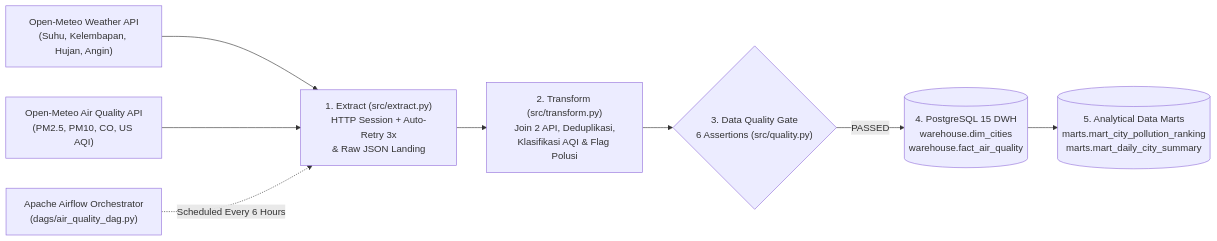
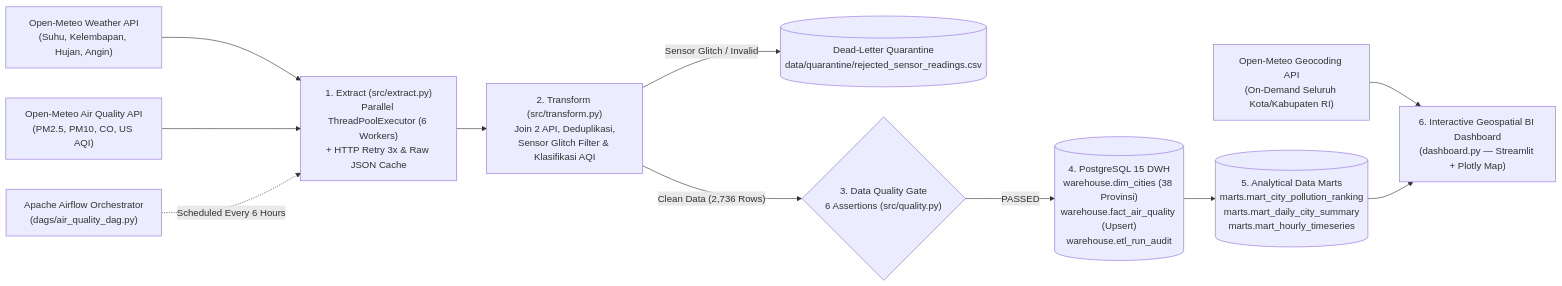
One commit to tanjung0115/indo-air-quality-pipeline changed the diagram in README.md. Above: the diagram before and after it, drawn with Mermaid. The commit also changed other lines of this file and 17 other files, not shown here.

Commit message:
feat: upgrade pipeline to all 38 Indonesian provinces with interactive geospatial dashboard, incremental upsert, and quarantine audit

````diff
--- a/README.md
+++ b/README.md
@@ -10,10 +10,13 @@
 ```mermaid
 flowchart LR
-    API1["Open-Meteo Weather API\n(Suhu, Kelembapan, Hujan, Angin)"] --> EX["1. Extract (src/extract.py)\nHTTP Session + Auto-Retry 3x\n& Raw JSON Landing"]
+    API1["Open-Meteo Weather API\n(Suhu, Kelembapan, Hujan, Angin)"] --> EX["1. Extract (src/extract.py)\nParallel ThreadPoolExecutor (6 Workers)\n+ HTTP Retry 3x & Raw JSON Cache"]
     API2["Open-Meteo Air Quality API\n(PM2.5, PM10, CO, US AQI)"] --> EX
-    EX --> TR["2. Transform (src/transform.py)\nJoin 2 API, Deduplikasi,\nKlasifikasi AQI & Flag Polusi"]
-    TR --> DQ{"3. Data Quality Gate\n6 Assertions (src/quality.py)"}
-    DQ -->|"PASSED"| PG[("4. PostgreSQL 15 DWH\nwarehouse.dim_cities\nwarehouse.fact_air_quality")]
-    PG --> MART[("5. Analytical Data Marts\nmarts.mart_city_pollution_ranking\nmarts.mart_daily_city_summary")]
+    API3["Open-Meteo Geocoding API\n(On-Demand Seluruh Kota/Kabupaten RI)"] --> DASH
+    EX --> TR["2. Transform (src/transform.py)\nJoin 2 API, Deduplikasi,\nSensor Glitch Filter & Klasifikasi AQI"]
+    TR -->|"Sensor Glitch / Invalid"| DLQ[("Dead-Letter Quarantine\ndata/quarantine/rejected_sensor_readings.csv")]
+    TR -->|"Clean Data (2,736 Rows)"| DQ{"3. Data Quality Gate\n6 Assertions (src/quality.py)"}
+    DQ -->|"PASSED"| PG[("4. PostgreSQL 15 DWH\nwarehouse.dim_cities (38 Provinsi)\nwarehouse.fact_air_quality (Upsert)\nwarehouse.etl_run_audit")]
+    PG --> MART[("5. Analytical Data Marts\nmarts.mart_city_pollution_ranking\nmarts.mart_daily_city_summary\nmarts.mart_hourly_timeseries")]
+    MART --> DASH["6. Interactive Geospatial BI Dashboard\n(dashboard.py — Streamlit + Plotly Map)"]
     AF["Apache Airflow Orchestrator\n(dags/air_quality_dag.py)"] -.->|"Scheduled Every 6 Hours"| EX
 ```
````
